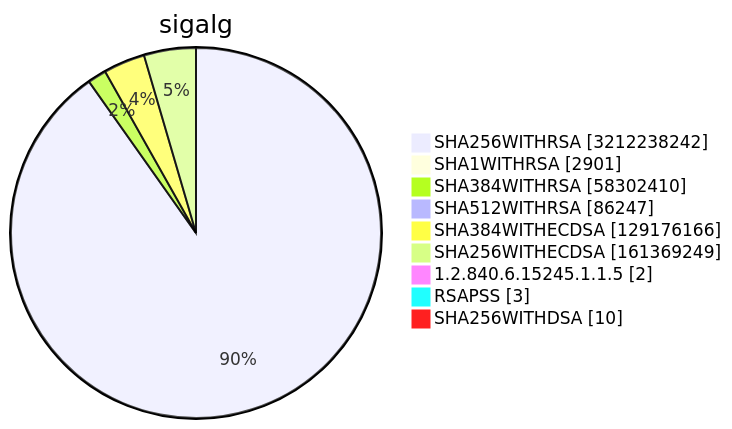
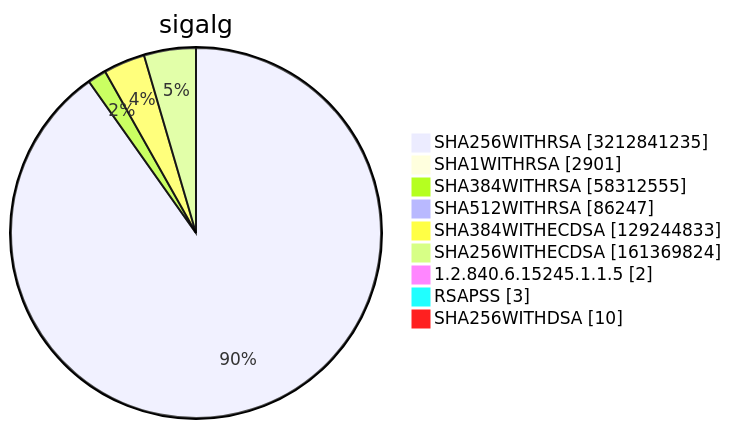
Before and after one commit to christiankrug/ctmonitor_visualization: diagram 15 of 15 in TOTAL/README.md, drawn with Mermaid. The commit also changed other lines of this file, not shown here.

````diff
--- a/TOTAL/README.md
+++ b/TOTAL/README.md
@@ -6217,13 +6217,13 @@
 ```mermaid
 pie showData
 title sigalg
-"SHA256WITHRSA" :3212238242
+"SHA256WITHRSA" :3212841235
 "SHA1WITHRSA" :2901
-"SHA384WITHRSA" :58302410
+"SHA384WITHRSA" :58312555
 "SHA512WITHRSA" :86247
-"SHA384WITHECDSA" :129176166
-"SHA256WITHECDSA" :161369249
+"SHA384WITHECDSA" :129244833
+"SHA256WITHECDSA" :161369824
 "1.2.840.6.15245.1.1.5" :2
 "RSAPSS" :3
 "SHA256WITHDSA" :10
 ```
````
